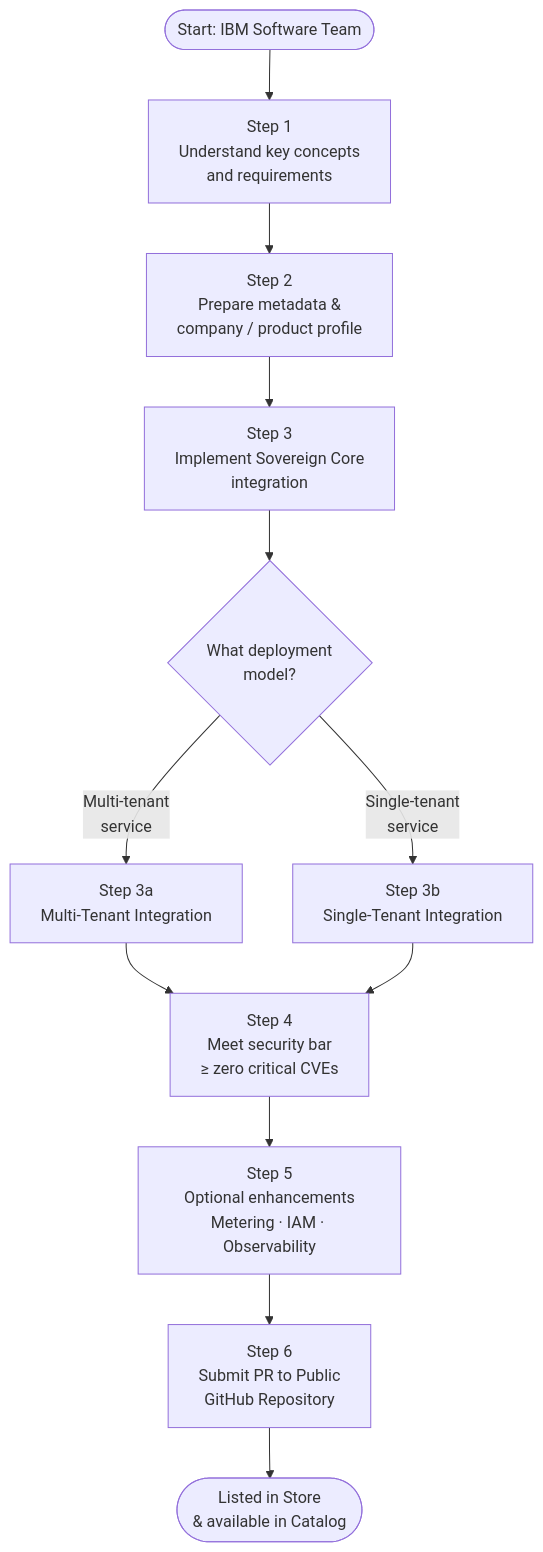
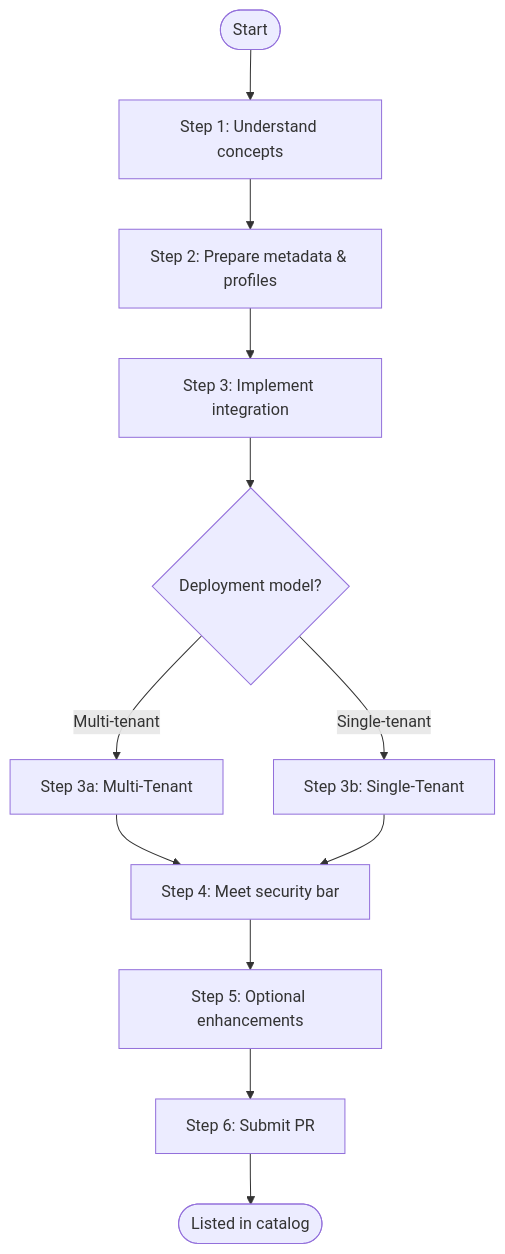
One commit to IBM/sovereign-core-catalog changed the diagram in README.md. Above: the diagram before and after it, drawn with Mermaid.

Commit message:
docs: shorten Mermaid node labels to reduce diagram size

````diff
--- a/README.md
+++ b/README.md
@@ -209,14 +209,14 @@
 ```mermaid
 flowchart TD
-    A([Start: IBM Software Team]) --> B[Step 1<br/>Understand key concepts<br/>and requirements]
-    B --> C[Step 2<br/>Prepare metadata &<br/>company / product profile]
-    C --> D[Step 3<br/>Implement Sovereign Core<br/>integration]
-    D --> E{What deployment<br/>model?}
-    E -- "Multi-tenant<br/>service" --> F[Step 3a<br/>Multi-Tenant Integration]
-    E -- "Single-tenant<br/>service" --> G[Step 3b<br/>Single-Tenant Integration]
-    F --> H[Step 4<br/>Meet security bar<br/>≥ zero critical CVEs]
+    A([Start]) --> B[Step 1: Understand concepts]
+    B --> C[Step 2: Prepare metadata & profiles]
+    C --> D[Step 3: Implement integration]
+    D --> E{Deployment model?}
+    E -- "Multi-tenant" --> F[Step 3a: Multi-Tenant]
+    E -- "Single-tenant" --> G[Step 3b: Single-Tenant]
+    F --> H[Step 4: Meet security bar]
     G --> H
-    H --> I[Step 5<br/>Optional enhancements<br/>Metering · IAM · Observability]
-    I --> J[Step 6<br/>Submit PR to Public<br/>GitHub Repository]
-    J --> K([Listed in Store<br/>& available in Catalog])
+    H --> I[Step 5: Optional enhancements]
+    I --> J[Step 6: Submit PR]
+    J --> K([Listed in catalog])
 ```
````
